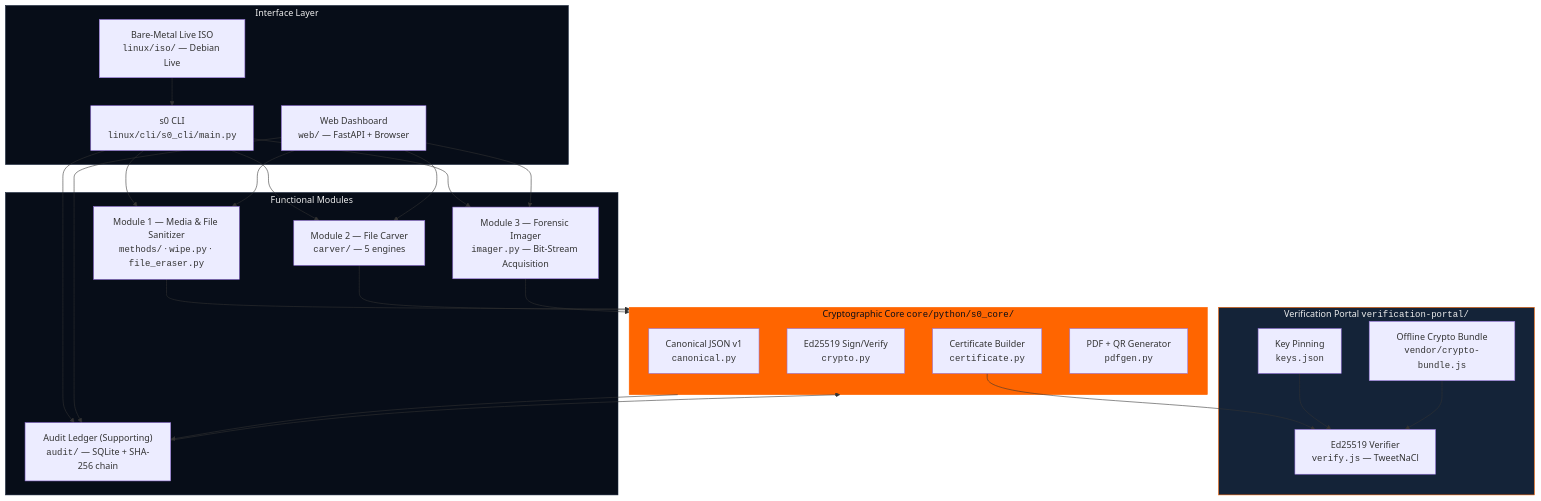
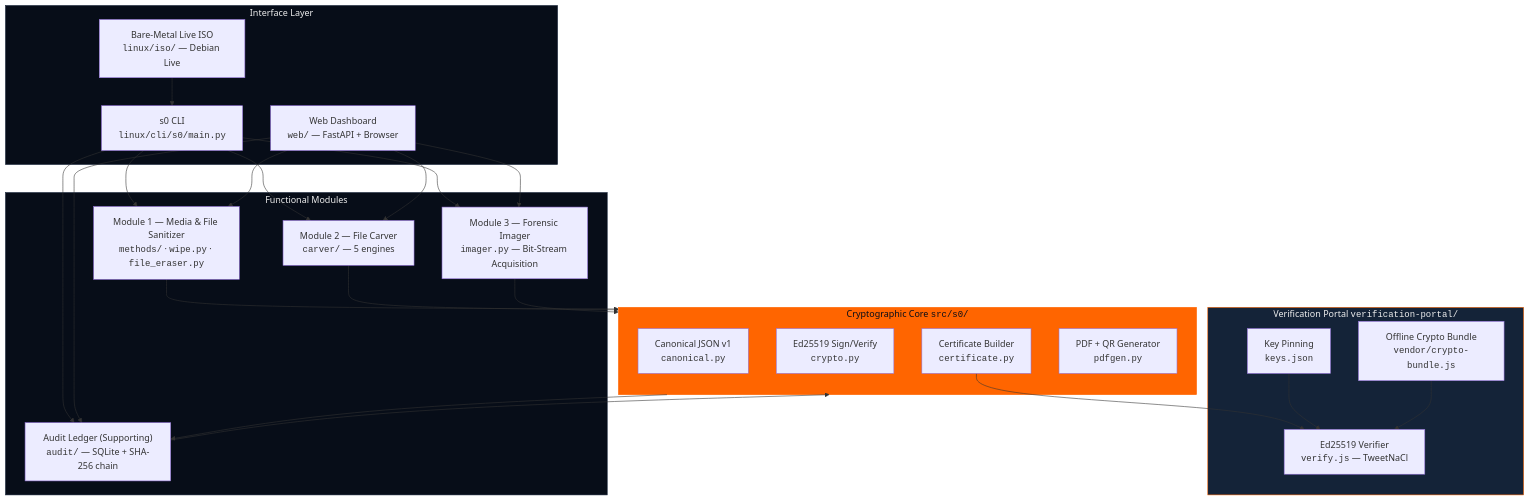
One commit to kartik2005221/s0 changed the first of 6 diagrams in docs/architecture/system-architecture.md. Above: the diagram before and after it, drawn with Mermaid. The commit also changed other lines of this file and 161 other files, not shown here.

````diff
--- a/docs/architecture/system-architecture.md
+++ b/docs/architecture/system-architecture.md
@@ -13,45 +13,45 @@
 ```mermaid
 graph TB
     subgraph UI["Interface Layer"]
-        CLI["s0 CLI<br/><code>linux/cli/s0_cli/main.py</code>"]
+        CLI["s0 CLI<br/><code>linux/cli/s0/main.py</code>"]
         GUI["Web Dashboard<br/><code>web/</code> — FastAPI + Browser"]
         ISO["Bare-Metal Live ISO<br/><code>linux/iso/</code> — Debian Live"]
     end
 
     subgraph MODULES["Functional Modules"]
         M1["Module 1 — Media & File Sanitizer<br/><code>methods/</code> · <code>wipe.py</code> · <code>file_eraser.py</code>"]
         M2["Module 2 — File Carver<br/><code>carver/</code> — 5 engines"]
         M3["Module 3 — Forensic Imager<br/><code>imager.py</code> — Bit-Stream Acquisition"]
         M4["Audit Ledger (Supporting)<br/><code>audit/</code> — SQLite + SHA-256 chain"]
     end
 
-    subgraph CORE["Cryptographic Core  <code>core/python/s0_core/</code>"]
+    subgraph CORE["Cryptographic Core  <code>src/s0/</code>"]
         CANON["Canonical JSON v1<br/><code>canonical.py</code>"]
         CRYPTO["Ed25519 Sign/Verify<br/><code>crypto.py</code>"]
         CERT["Certificate Builder<br/><code>certificate.py</code>"]
         PDF["PDF + QR Generator<br/><code>pdfgen.py</code>"]
     end
 
     subgraph VERIFY["Verification Portal  <code>verification-portal/</code>"]
         VP_JS["Ed25519 Verifier<br/><code>verify.js</code> — TweetNaCl"]
         VP_KEYS["Key Pinning<br/><code>keys.json</code>"]
         VP_CRYPTO["Offline Crypto Bundle<br/><code>vendor/crypto-bundle.js</code>"]
     end
 
     CLI --> M1 & M2 & M3 & M4
     GUI --> M1 & M2 & M3 & M4
     ISO --> CLI
 
     M1 & M2 & M3 --> CORE
     M4 --> CORE
 
     CORE --> M4
     CERT --> VP_JS
     VP_KEYS --> VP_JS
     VP_CRYPTO --> VP_JS
 
     style CORE fill:#FF6500,color:#070D18,stroke:#FF6500
     style VERIFY fill:#142338,color:#EEEEEE,stroke:#FF6500
     style MODULES fill:#070D18,color:#EEEEEE,stroke:#142338
     style UI fill:#070D18,color:#EEEEEE,stroke:#142338
 ```
````
